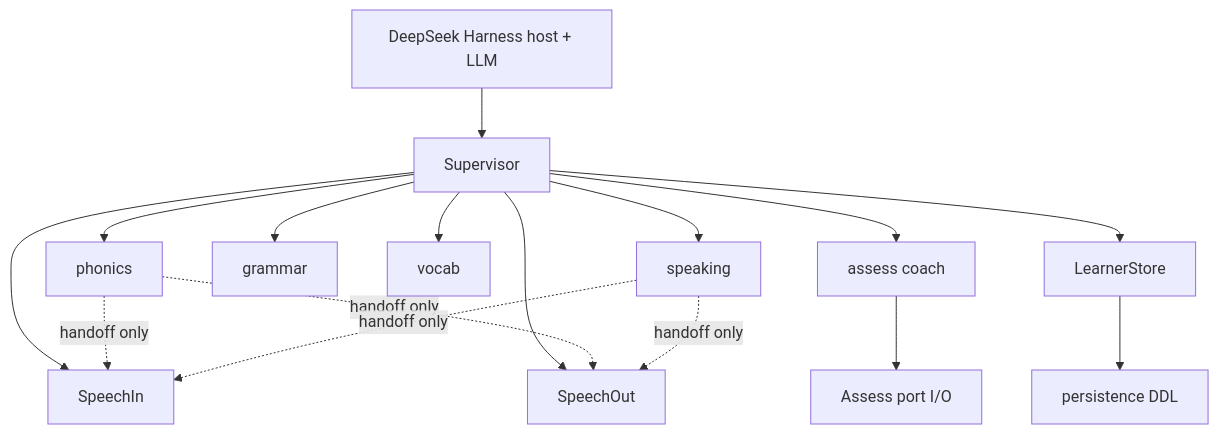
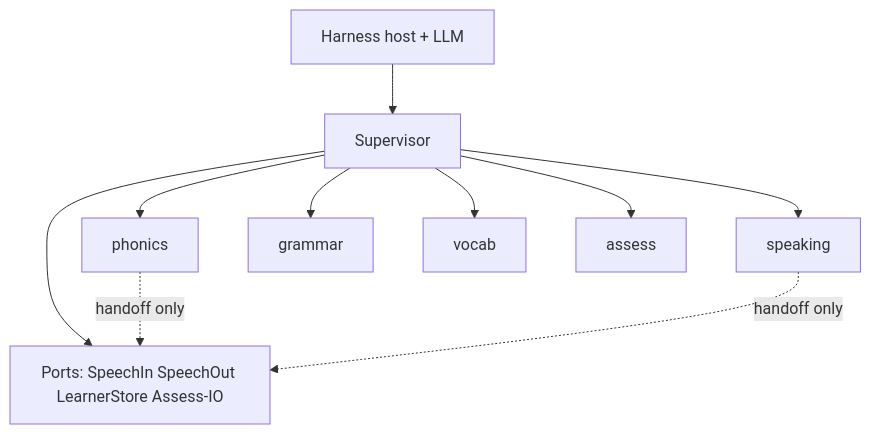
The first of 3 diagrams in _bmad-output/initiative-lingua-ds/architecture-english-path/architecture-english-path.md (zhmachenkov-d/LinguaDS), drawn with Mermaid before and after one commit. The commit also changed other lines of this file and 66 other files, not shown here.

First line of the commit message:
docs: finalize English Path UX, spec, and architecture (#9)

````diff
--- a/_bmad-output/initiative-lingua-ds/architecture-english-path/architecture-english-path.md
+++ b/_bmad-output/initiative-lingua-ds/architecture-english-path/architecture-english-path.md
@@ -79,31 +81,20 @@
 ```mermaid
 flowchart TB
-  Host[DeepSeek Harness host + LLM]
+  Host[Harness host + LLM]
   Sup[Supervisor]
-  Ph[phonics]
-  Sp[speaking]
-  Gr[grammar]
-  Vo[vocab]
-  As[assess coach]
-  SI[SpeechIn]
-  SO[SpeechOut]
-  LS[LearnerStore]
-  AP[Assess port I/O]
-  Pers[persistence DDL]
-
+  C1[phonics]
+  C2[speaking]
+  C3[grammar]
+  C4[vocab]
+  C5[assess]
+  P[Ports: SpeechIn SpeechOut LearnerStore Assess-IO]
   Host --> Sup
-  Sup --> Ph
-  Sup --> Sp
-  Sup --> Gr
-  Sup --> Vo
-  Sup --> As
-  Sup --> SI
-  Sup --> SO
-  Sup --> LS
-  As --> AP
-  LS --> Pers
-  Ph -.->|handoff only| SI
-  Ph -.->|handoff only| SO
-  Sp -.->|handoff only| SI
-  Sp -.->|handoff only| SO
+  Sup --> C1
+  Sup --> C2
+  Sup --> C3
+  Sup --> C4
+  Sup --> C5
+  Sup --> P
+  C1 -.->|handoff only| P
+  C2 -.->|handoff only| P
 ```
````
